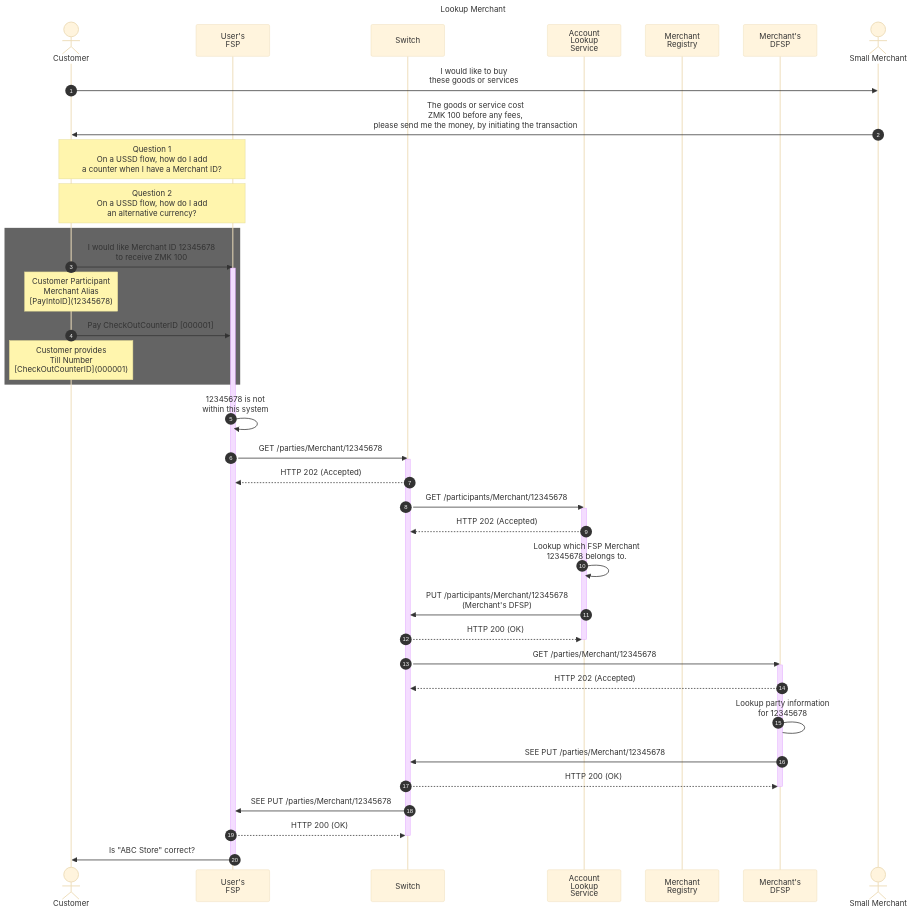
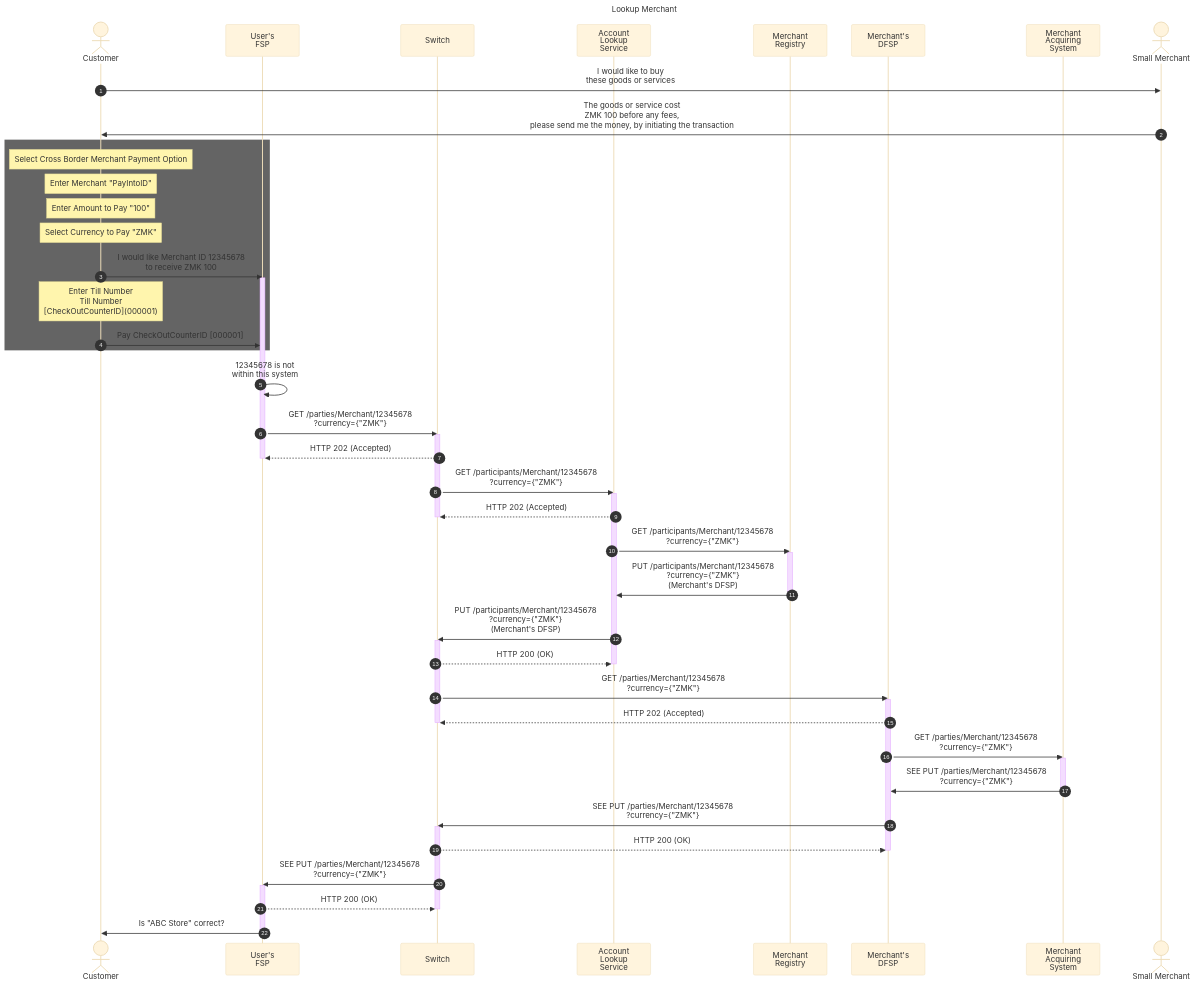
The first of 3 diagrams in end_to_end_merchant_payment_flow.md (mojaloop/merchant-payment-docs), drawn with Mermaid (base theme) before and after one commit. The commit also changed other lines of this file, not shown here.

Commit message:
changes made following updates from slack

````diff
--- a/end_to_end_merchant_payment_flow.md
+++ b/end_to_end_merchant_payment_flow.md
@@ -58,53 +63,67 @@
 ```mermaid
 sequenceDiagram
 
 Title: Lookup Merchant
 autonumber
 
 # declare actors
 actor cust as Customer
 participant PayerFSP as User's<br/>FSP
 participant Switch as Switch
 participant ALS as Account<br/>Lookup<br/>Service
 participant oracle as Merchant<br/>Registry
 participant PayeeFSP as Merchant's<br/>DFSP
+participant macq as Merchant<br/>Acquiring<br/>System
 actor merc as Small Merchant
 
 # start flow
 cust->>merc: I would like to buy<br/>these goods or services
 merc ->> cust: The goods or service cost<br/>ZMK 100 before any fees,<br/>please send me the money, by initiating the transaction
-note over cust,PayerFSP: Question 1<br/>On a USSD flow, how do I add<br/>a counter when I have a Merchant ID?
-note over cust,PayerFSP: Question 2<br/>On a USSD flow, how do I add<br/>an alternative currency?
 rect rgb(100, 100, 100)
+    note over cust: Select Cross Border Merchant Payment Option
+    note over cust: Enter Merchant "PayIntoID"
+    note over cust: Enter Amount to Pay "100"
+    note over cust: Select Currency to Pay "ZMK"
     cust ->> PayerFSP: I would like Merchant ID 12345678 <br/>to receive ZMK 100
     activate PayerFSP
-    note over cust:Customer Participant<br/>Merchant Alias<br/>[PayIntoID](12345678)
+    note over cust: Enter Till Number<br/>Till Number<br/>[CheckOutCounterID](000001)
     cust ->> PayerFSP : Pay CheckOutCounterID [000001]
-    note over cust:Customer provides<br/>Till Number<br/>[CheckOutCounterID](000001)
 end
 
 PayerFSP ->> PayerFSP: 12345678 is not<br/>within this system
-PayerFSP ->> Switch: GET /parties/Merchant/12345678
+PayerFSP ->> Switch: GET /parties/Merchant/12345678<br/>?currency={"ZMK"}
 activate Switch
 Switch -->> PayerFSP: HTTP 202 (Accepted)
-Switch ->> ALS: GET /participants/Merchant/12345678
+deactivate PayerFSP
+Switch ->> ALS: GET /participants/Merchant/12345678<br/>?currency={"ZMK"}
 activate ALS
 ALS -->> Switch: HTTP 202 (Accepted)
-ALS ->> ALS: Lookup which FSP Merchant<br/>12345678 belongs to.
-ALS ->> Switch: PUT /participants/Merchant/12345678<br/>(Merchant's DFSP)
+deactivate Switch
+ALS ->> oracle: GET /participants/Merchant/12345678<br/>?currency={"ZMK"}
+activate oracle
+oracle ->> ALS: PUT /participants/Merchant/12345678<br/>?currency={"ZMK"}<br/>(Merchant's DFSP)
+deactivate oracle
+ALS ->> Switch: PUT /participants/Merchant/12345678<br/>?currency={"ZMK"}<br/>(Merchant's DFSP)
+activate Switch
 Switch -->> ALS: HTTP 200 (OK)
 deactivate ALS
-Switch ->> PayeeFSP: GET /parties/Merchant/12345678
+Switch ->> PayeeFSP: GET /parties/Merchant/12345678<br/>?currency={"ZMK"}
 activate PayeeFSP
 PayeeFSP -->> Switch: HTTP 202 (Accepted)
-PayeeFSP -> PayeeFSP: Lookup party information<br/>for 12345678
-PayeeFSP ->> Switch: SEE PUT /parties/Merchant/12345678
+deactivate Switch
+PayeeFSP ->> macq: GET /parties/Merchant/12345678<br/>?currency={"ZMK"}
+activate macq
+macq ->> PayeeFSP: SEE PUT /parties/Merchant/12345678<br/>?currency={"ZMK"}
+deactivate macq
+PayeeFSP ->> Switch: SEE PUT /parties/Merchant/12345678<br/>?currency={"ZMK"}
+activate Switch
 Switch -->> PayeeFSP: HTTP 200 (OK)
 deactivate PayeeFSP
-Switch ->> PayerFSP: SEE PUT /parties/Merchant/12345678
+Switch ->> PayerFSP: SEE PUT /parties/Merchant/12345678<br/>?currency={"ZMK"}
+activate PayerFSP
 PayerFSP -->> Switch: HTTP 200 (OK)
 deactivate Switch
 PayerFSP ->> cust: Is "ABC Store" correct?
 deactivate PayerFSP
 
 ```
````
